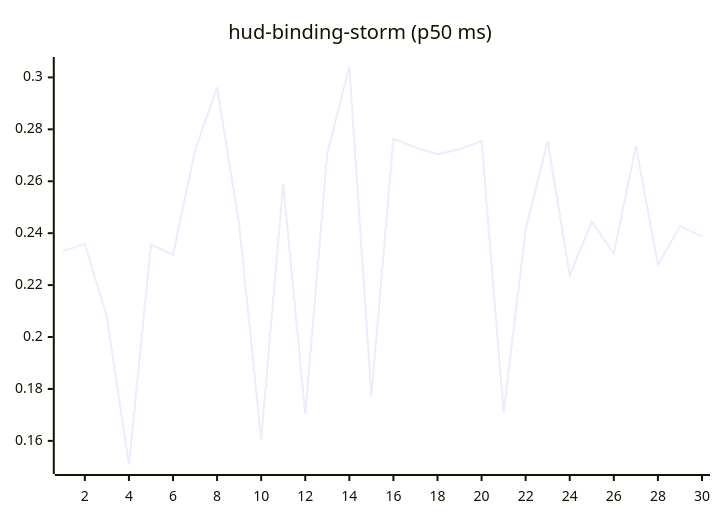
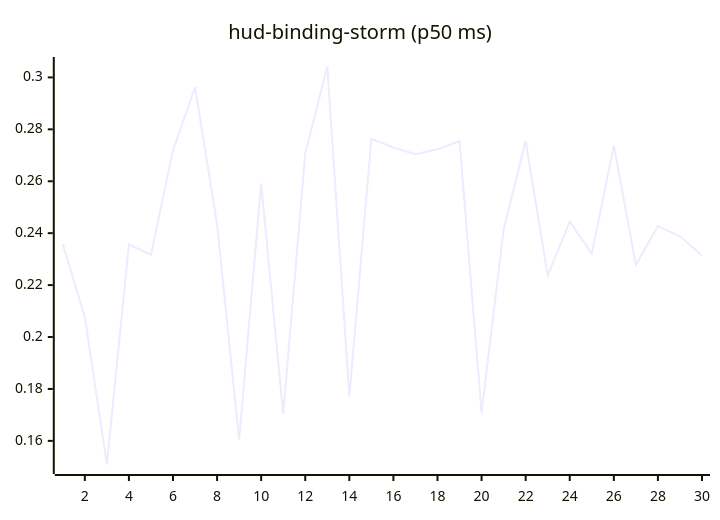
One commit to josha/Facet changed the tenth of 27 diagrams in README.md. Above: the diagram before and after it, drawn with Mermaid. The commit also changed other lines of this file and 2 other files, not shown here.

````diff
--- a/README.md
+++ b/README.md
@@ -126,6 +126,6 @@
 ```mermaid
 xychart-beta
     title "hud-binding-storm (p50 ms)"
     x-axis 1 --> 30
-    line [0.2331, 0.2358, 0.2077, 0.1509, 0.2356, 0.2317, 0.2719, 0.2962, 0.2435, 0.1605, 0.2591, 0.1704, 0.2707, 0.3042, 0.1772, 0.2763, 0.2730, 0.2704, 0.2723, 0.2755, 0.1708, 0.2414, 0.2755, 0.2237, 0.2445, 0.2321, 0.2737, 0.2278, 0.2427, 0.2388]
+    line [0.2358, 0.2077, 0.1509, 0.2356, 0.2317, 0.2719, 0.2962, 0.2435, 0.1605, 0.2591, 0.1704, 0.2707, 0.3042, 0.1772, 0.2763, 0.2730, 0.2704, 0.2723, 0.2755, 0.1708, 0.2414, 0.2755, 0.2237, 0.2445, 0.2321, 0.2737, 0.2278, 0.2427, 0.2388, 0.2314]
 ```
````
